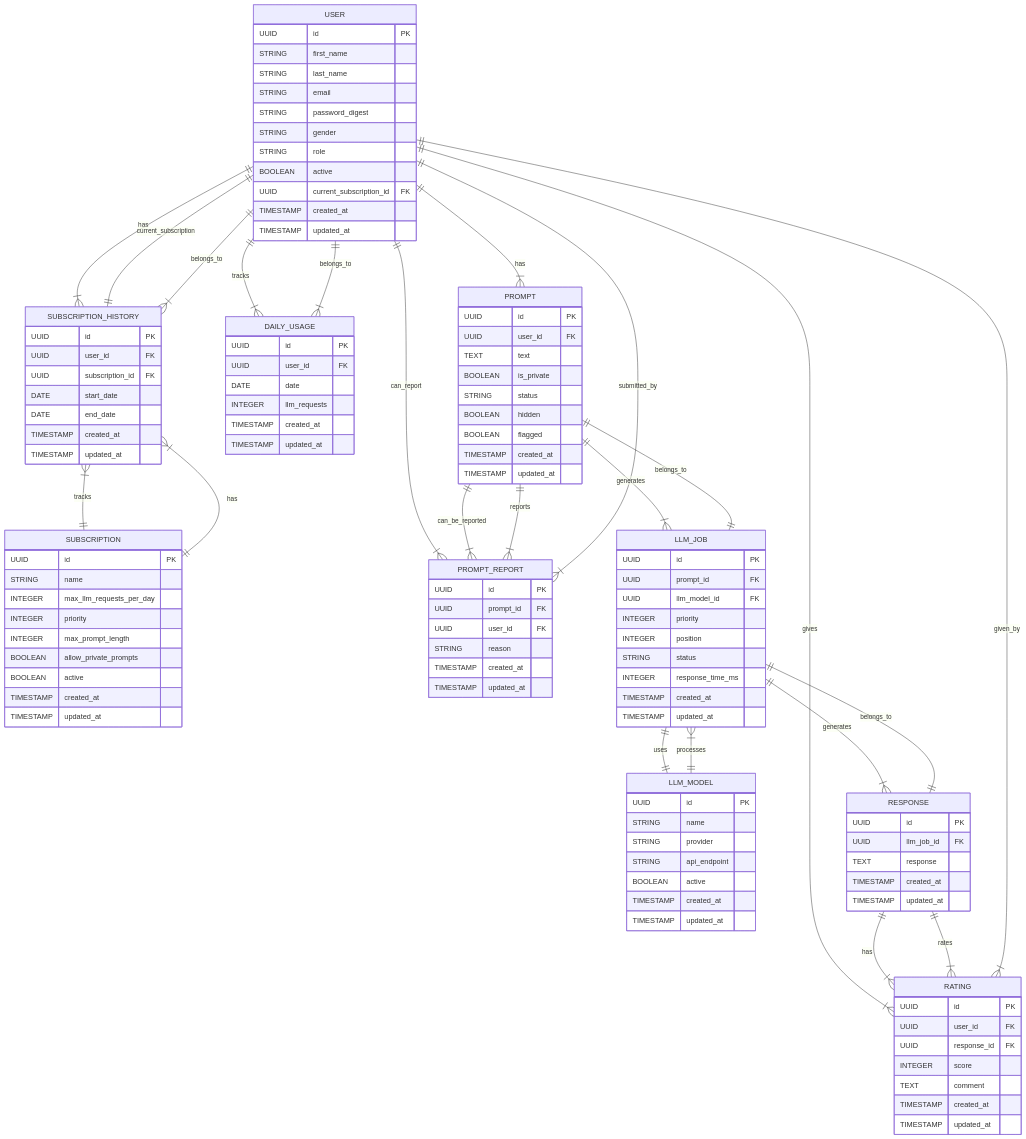
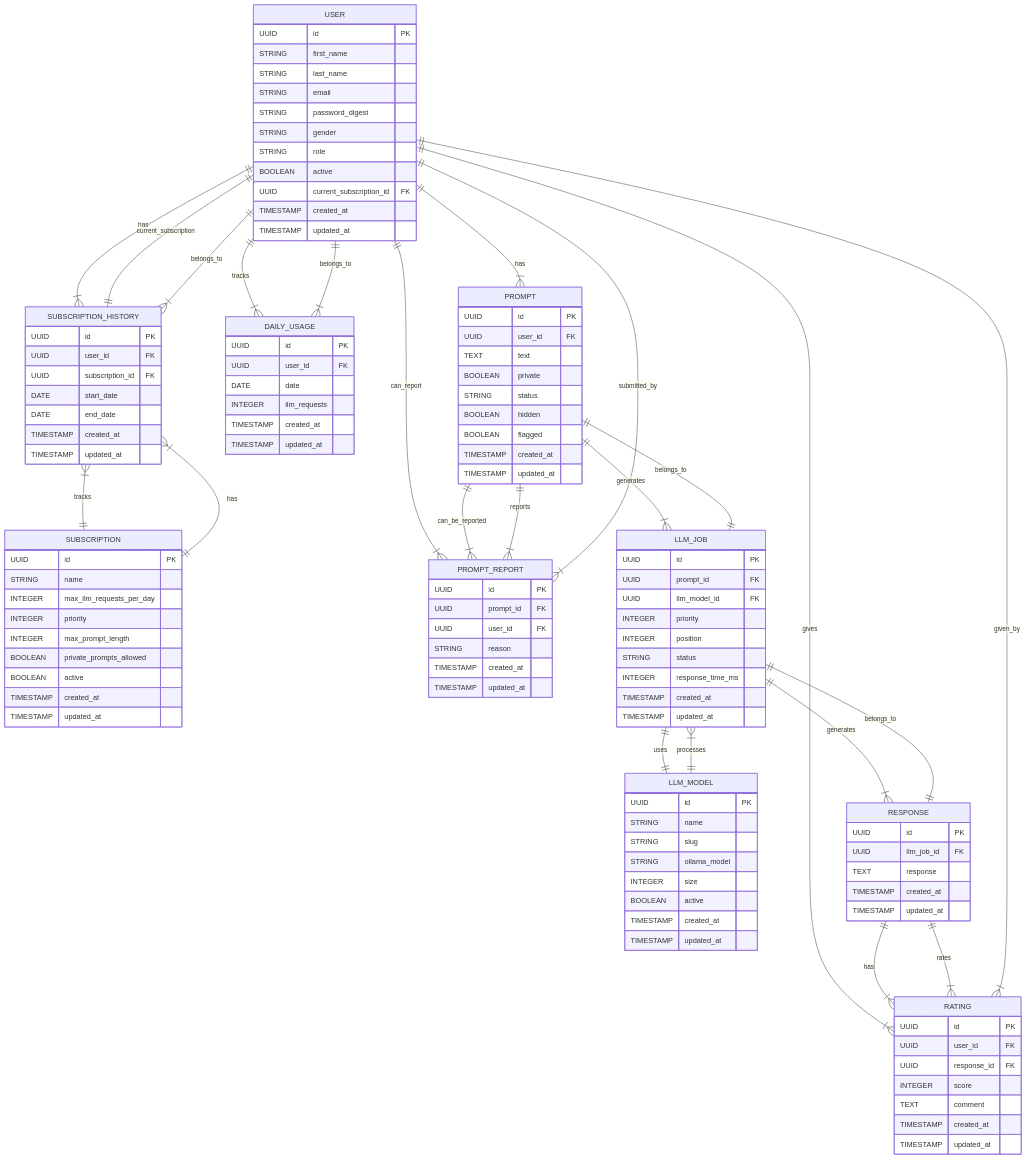
The diagram in docs/database_architecture.md (wintermeyer/llm_mania), drawn with Mermaid before and after one commit. The commit also changed other lines of this file, not shown here.

Commit message:
Improve naming of attributes

```diff
--- a/docs/database_architecture.md
+++ b/docs/database_architecture.md
@@ -26,7 +26,7 @@
         INTEGER max_llm_requests_per_day
         INTEGER priority
         INTEGER max_prompt_length
-        BOOLEAN allow_private_prompts
+        BOOLEAN private_prompts_allowed
         BOOLEAN active
         TIMESTAMP created_at
         TIMESTAMP updated_at
@@ -55,7 +55,7 @@
         UUID id PK
         UUID user_id FK
         TEXT text
-        BOOLEAN is_private
+        BOOLEAN private
         STRING status
         BOOLEAN hidden
         BOOLEAN flagged
@@ -75,8 +75,9 @@
     LLM_MODEL {
         UUID id PK
         STRING name
-        STRING provider
-        STRING api_endpoint
+        STRING slug
+        STRING ollama_model
+        INTEGER size
         BOOLEAN active
         TIMESTAMP created_at
         TIMESTAMP updated_at
```
